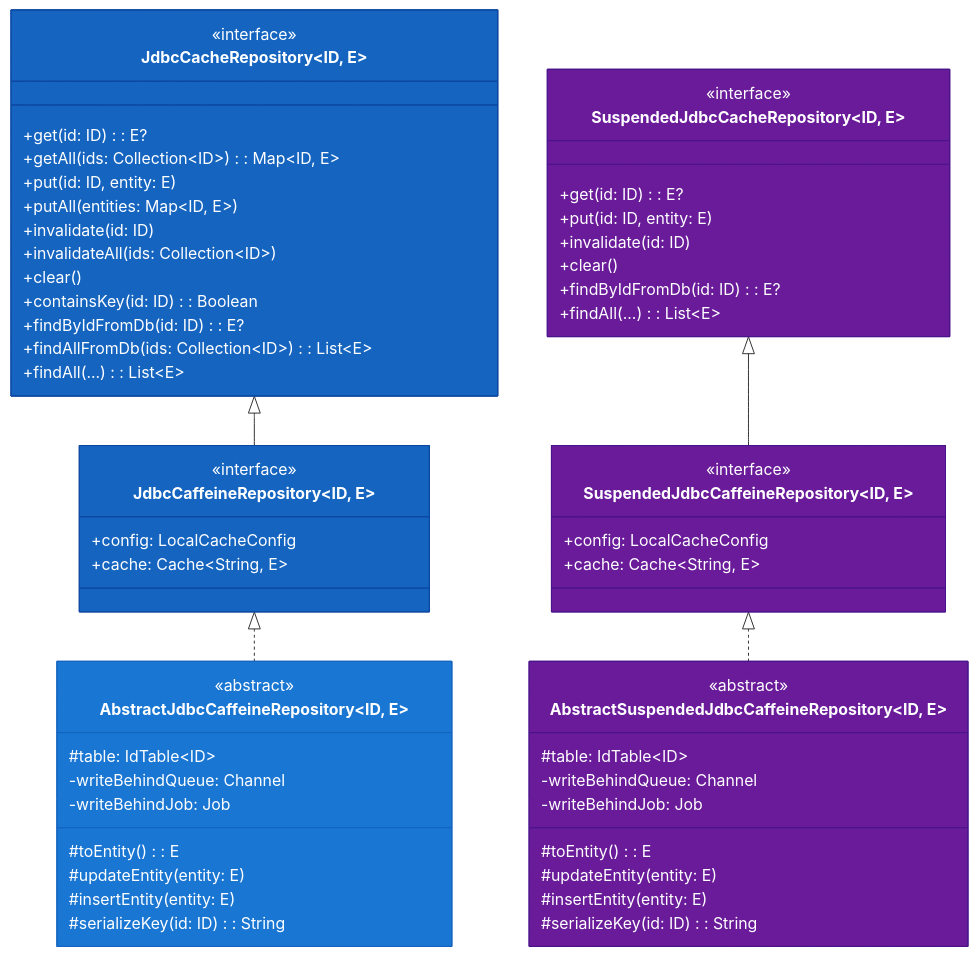
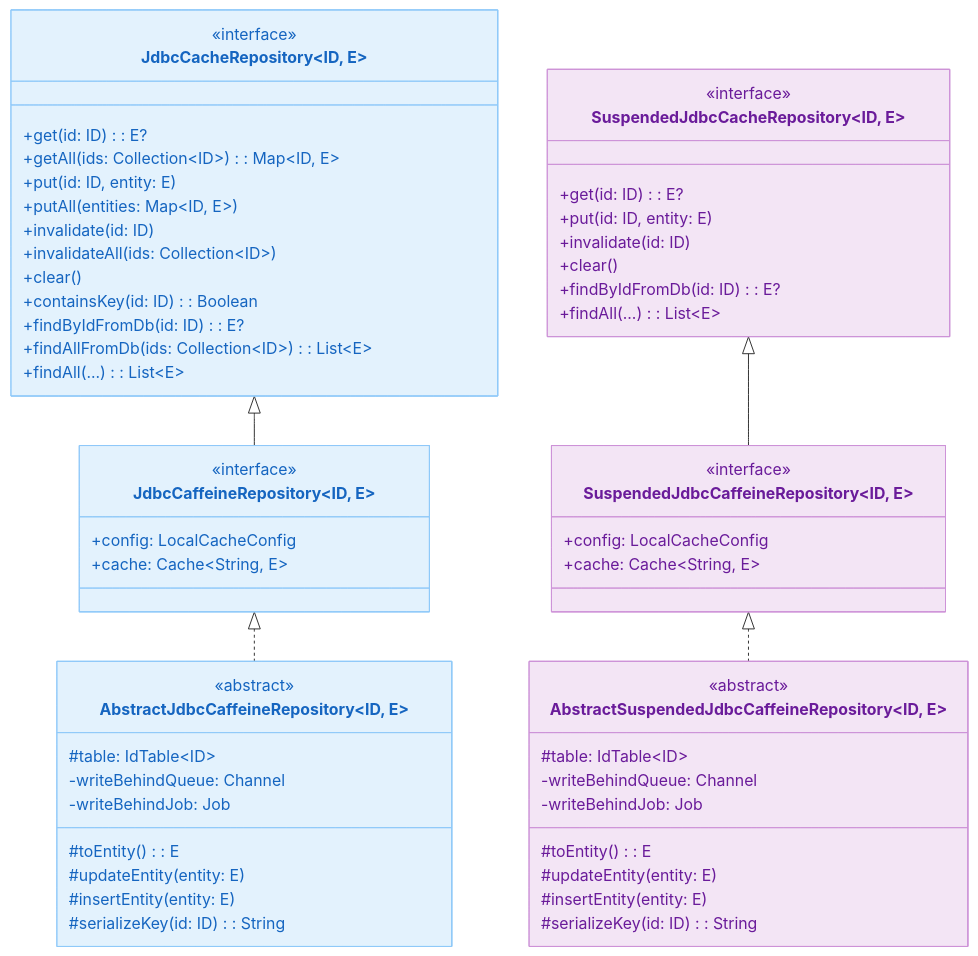
One commit to bluetape4k/bluetape4k-projects changed the first of 2 diagrams in data/exposed-jdbc-caffeine/README.md. Above: the diagram before and after it, drawn with Mermaid. The commit also changed other lines of this file and 219 other files, not shown here.

First line of the commit message:
docs: 전체 README Mermaid 다이어그램 가이드 적용

````diff
--- a/data/exposed-jdbc-caffeine/README.md
+++ b/data/exposed-jdbc-caffeine/README.md
@@ -13,75 +13,75 @@
 ```mermaid
 classDiagram
     direction TB
 
     class JdbcCacheRepository~ID, E~ {
         <<interface>>
         +get(id: ID): E?
         +getAll(ids: Collection~ID~): Map~ID, E~
         +put(id: ID, entity: E)
         +putAll(entities: Map~ID, E~)
         +invalidate(id: ID)
         +invalidateAll(ids: Collection~ID~)
         +clear()
         +containsKey(id: ID): Boolean
         +findByIdFromDb(id: ID): E?
         +findAllFromDb(ids: Collection~ID~): List~E~
         +findAll(...): List~E~
     }
 
     class JdbcCaffeineRepository~ID, E~ {
         <<interface>>
         +config: LocalCacheConfig
         +cache: Cache~String, E~
     }
 
     class AbstractJdbcCaffeineRepository~ID, E~ {
         <<abstract>>
         #table: IdTable~ID~
         #toEntity(): E
         #updateEntity(entity: E)
         #insertEntity(entity: E)
         #serializeKey(id: ID): String
         -writeBehindQueue: Channel
         -writeBehindJob: Job
     }
 
     class SuspendedJdbcCacheRepository~ID, E~ {
         <<interface>>
         +get(id: ID): E?
         +put(id: ID, entity: E)
         +invalidate(id: ID)
         +clear()
         +findByIdFromDb(id: ID): E?
         +findAll(...): List~E~
     }
 
     class SuspendedJdbcCaffeineRepository~ID, E~ {
         <<interface>>
         +config: LocalCacheConfig
         +cache: Cache~String, E~
     }
 
     class AbstractSuspendedJdbcCaffeineRepository~ID, E~ {
         <<abstract>>
         #table: IdTable~ID~
         #toEntity(): E
         #updateEntity(entity: E)
         #insertEntity(entity: E)
         #serializeKey(id: ID): String
         -writeBehindQueue: Channel
         -writeBehindJob: Job
     }
 
     JdbcCacheRepository <|-- JdbcCaffeineRepository
     JdbcCaffeineRepository <|.. AbstractJdbcCaffeineRepository
     SuspendedJdbcCacheRepository <|-- SuspendedJdbcCaffeineRepository
     SuspendedJdbcCaffeineRepository <|.. AbstractSuspendedJdbcCaffeineRepository
 
-    style JdbcCacheRepository fill:#1565C0,stroke:#0D47A1,color:#FFFFFF
-    style JdbcCaffeineRepository fill:#1565C0,stroke:#0D47A1,color:#FFFFFF
-    style AbstractJdbcCaffeineRepository fill:#1976D2,stroke:#1565C0,color:#FFFFFF
-    style SuspendedJdbcCacheRepository fill:#6A1B9A,stroke:#4A148C,color:#FFFFFF
-    style SuspendedJdbcCaffeineRepository fill:#6A1B9A,stroke:#4A148C,color:#FFFFFF
-    style AbstractSuspendedJdbcCaffeineRepository fill:#6A1B9A,stroke:#4A148C,color:#FFFFFF
+    style JdbcCacheRepository fill:#E3F2FD,stroke:#90CAF9,color:#1565C0
+    style JdbcCaffeineRepository fill:#E3F2FD,stroke:#90CAF9,color:#1565C0
+    style AbstractJdbcCaffeineRepository fill:#E3F2FD,stroke:#90CAF9,color:#1565C0
+    style SuspendedJdbcCacheRepository fill:#F3E5F5,stroke:#CE93D8,color:#6A1B9A
+    style SuspendedJdbcCaffeineRepository fill:#F3E5F5,stroke:#CE93D8,color:#6A1B9A
+    style AbstractSuspendedJdbcCaffeineRepository fill:#F3E5F5,stroke:#CE93D8,color:#6A1B9A
 ```
````
